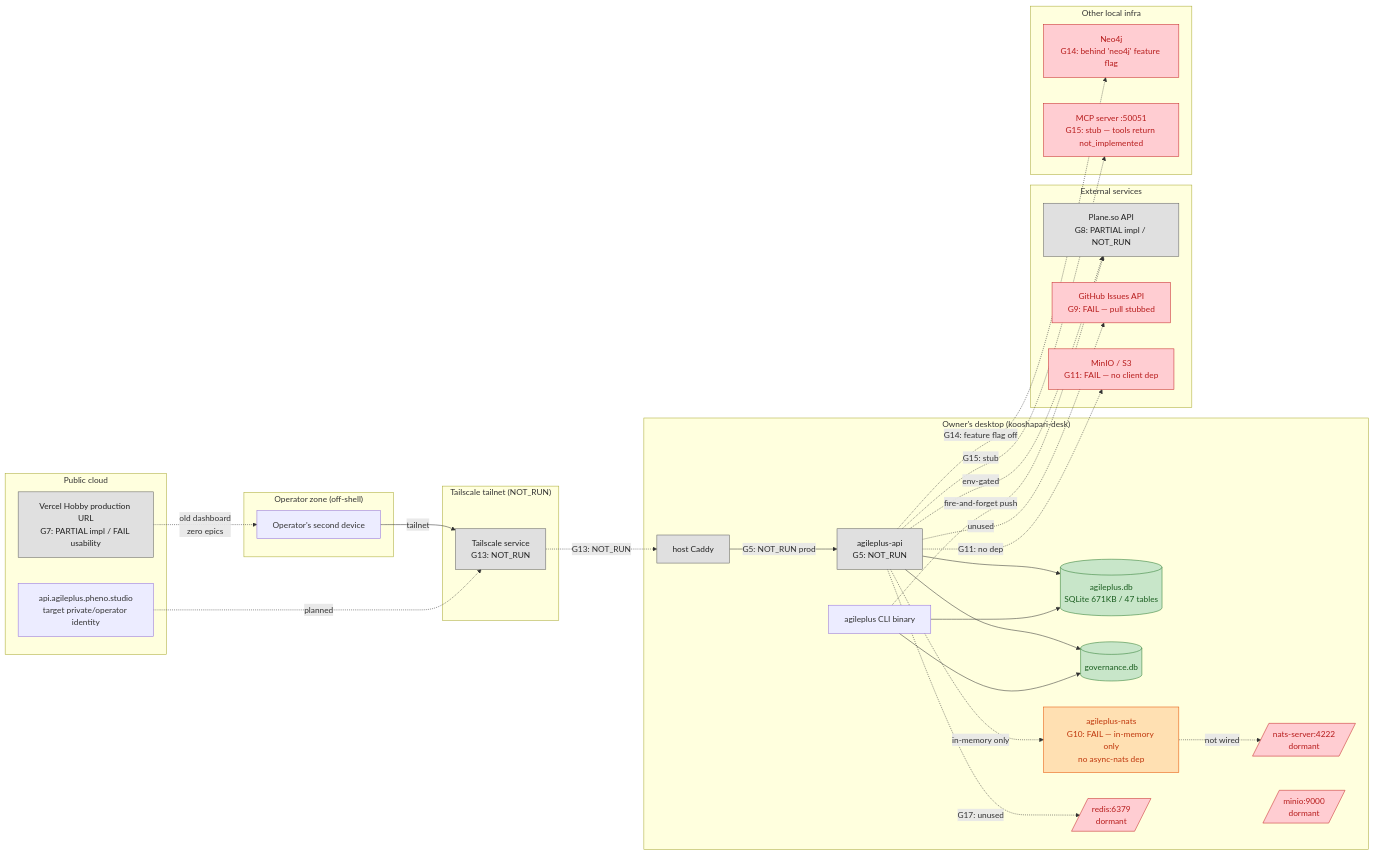
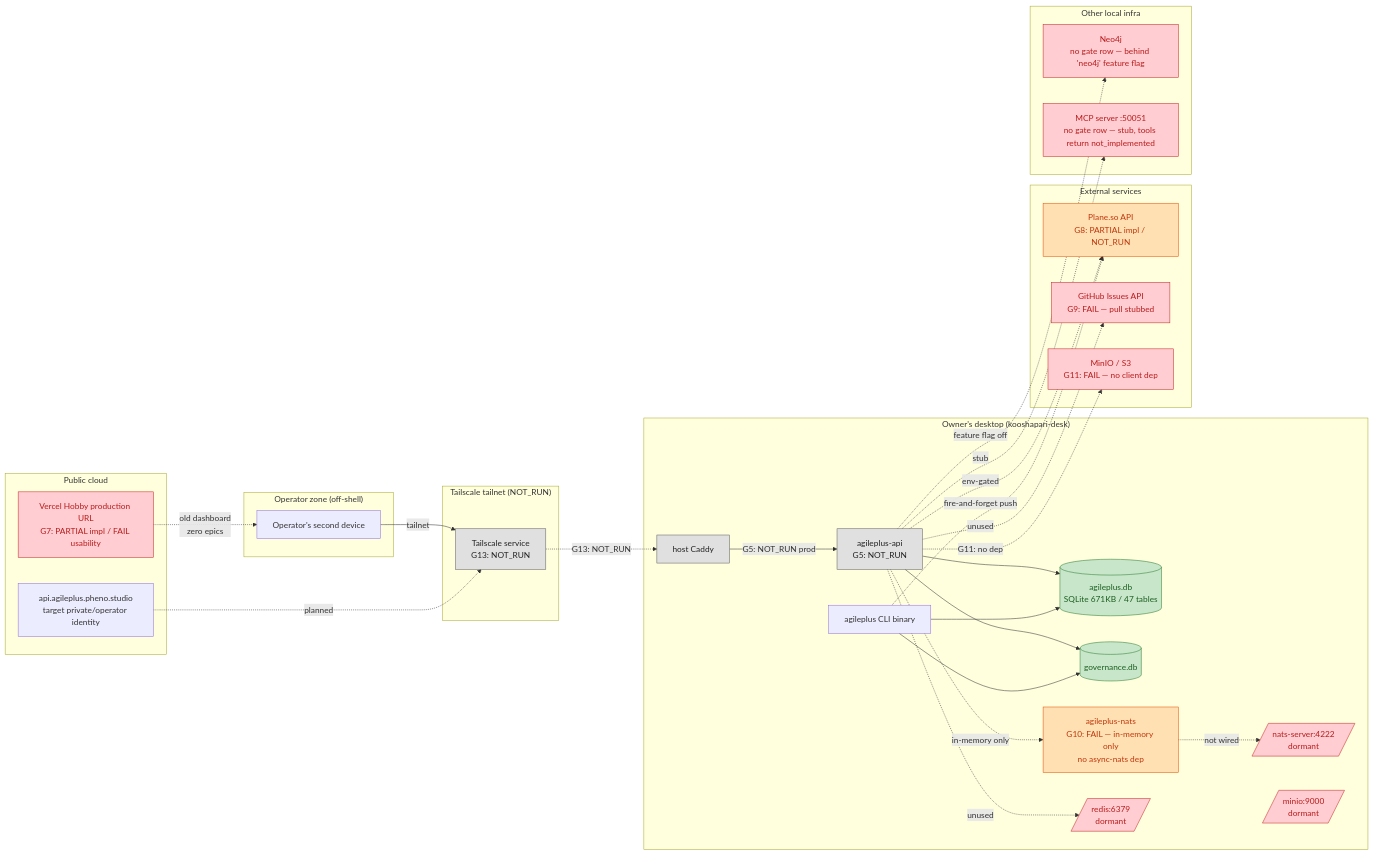
Before and after one commit to KooshaPari/AgilePlus: the diagram in docs/sessions/20261017-state-forward-docket/DOCKET.architecture.mmd, drawn with Mermaid. The commit also changed 1 other file, not shown here.

First paragraph of the commit message:
fix(docs): correct the mature verdict, gate labels, colours and release ancestry
Four more review findings, each verified against the source. Two were
right in substance but one was right for the wrong reason.

```diff
--- a/docs/sessions/20261017-state-forward-docket/DOCKET.architecture.mmd
+++ b/docs/sessions/20261017-state-forward-docket/DOCKET.architecture.mmd
@@ -1,72 +1,74 @@
 %% AgilePlus Architecture Diagram (verdict-labeled)
 %% State & Forward Docket v1.0 — 2026-10-17
 %% Snapshot: ap-sfd-2026-10-17T08-53Z@00397a59
 
 flowchart LR
     subgraph OperatorZone["Operator zone (off-shell)"]
         OPR[Operator's second device]
     end
 
     subgraph Tailnet["Tailscale tailnet (NOT_RUN)"]
         TS[Tailscale service<br/>G13: NOT_RUN]
     end
 
     subgraph Cloud["Public cloud"]
         VR[Vercel Hobby production URL<br/>G7: PARTIAL impl / FAIL usability]
         PAPI[api.agileplus.pheno.studio<br/>target private/operator identity]
     end
 
     subgraph Desktop["Owner's desktop (kooshapari-desk)"]
         CADDY[host Caddy]
         API[agileplus-api<br/>G5: NOT_RUN]
         CLI[agileplus CLI binary]
         DB[(agileplus.db<br/>SQLite 671KB / 47 tables)]
         GDB[(governance.db)]
         NATSD[agileplus-nats<br/>G10: FAIL — in-memory only<br/>no async-nats dep]
         PNATS[/nats-server:4222<br/>dormant/]
         PMINIO[/minio:9000<br/>dormant/]
         PREDIS[/redis:6379<br/>dormant/]
     end
 
     subgraph External["External services"]
         PLANE[Plane.so API<br/>G8: PARTIAL impl / NOT_RUN]
         GH[GitHub Issues API<br/>G9: FAIL — pull stubbed]
         MINIO[MinIO / S3<br/>G11: FAIL — no client dep]
     end
 
     subgraph OtherInfra["Other local infra"]
-        NEO4J[Neo4j<br/>G14: behind 'neo4j' feature flag]
-        MCPSRV[MCP server :50051<br/>G15: stub — tools return not_implemented]
+        NEO4J[Neo4j<br/>no gate row — behind 'neo4j' feature flag]
+        MCPSRV[MCP server :50051<br/>no gate row — stub, tools return not_implemented]
     end
 
     OPR -->|tailnet| TS
     TS -.->|G13: NOT_RUN| CADDY
     CADDY -->|G5: NOT_RUN prod| API
     API --> DB
     API --> GDB
     API -.->|env-gated| PLANE
     API -.->|unused| GH
     API -.->|G11: no dep| MINIO
-    API -.->|G14: feature flag off| NEO4J
+    API -.->|feature flag off| NEO4J
     API -.->|in-memory only| NATSD
     NATSD -.->|not wired| PNATS
-    API -.->|G17: unused| PREDIS
-    API -.->|G15: stub| MCPSRV
+    API -.->|unused| PREDIS
+    API -.->|stub| MCPSRV
 
     VR -.->|old dashboard<br/>zero epics| OPR
     PAPI -.->|planned| TS
 
     CLI --> DB
     CLI --> GDB
     CLI -.->|fire-and-forget push| PLANE
 
     classDef pass fill:#c8e6c9,stroke:#2e7d32,color:#1b5e20
     classDef fail fill:#ffcdd2,stroke:#c62828,color:#b71c1c
     classDef unknown fill:#fff9c4,stroke:#f57c00,color:#e65100
     classDef notrun fill:#e0e0e0,stroke:#616161,color:#212121
     classDef partial fill:#ffe0b2,stroke:#e65100,color:#bf360c
 
+    %% Legend: a node's colour follows its gate's operator-facing (Usability)
+    %% verdict, not its Implementation verdict. `notrun` = grey.
     class DB,GDB pass
-    class GH,MINIO,NEO4J,MCPSRV,PNATS,PMINIO,PREDIS fail
-    class NATSD partial
-    class PLANE,VR,CADDY,API,TS notrun
+    class GH,MINIO,NEO4J,MCPSRV,PNATS,PMINIO,PREDIS,VR fail
+    class NATSD,PLANE partial
+    class CADDY,API,TS notrun
```
